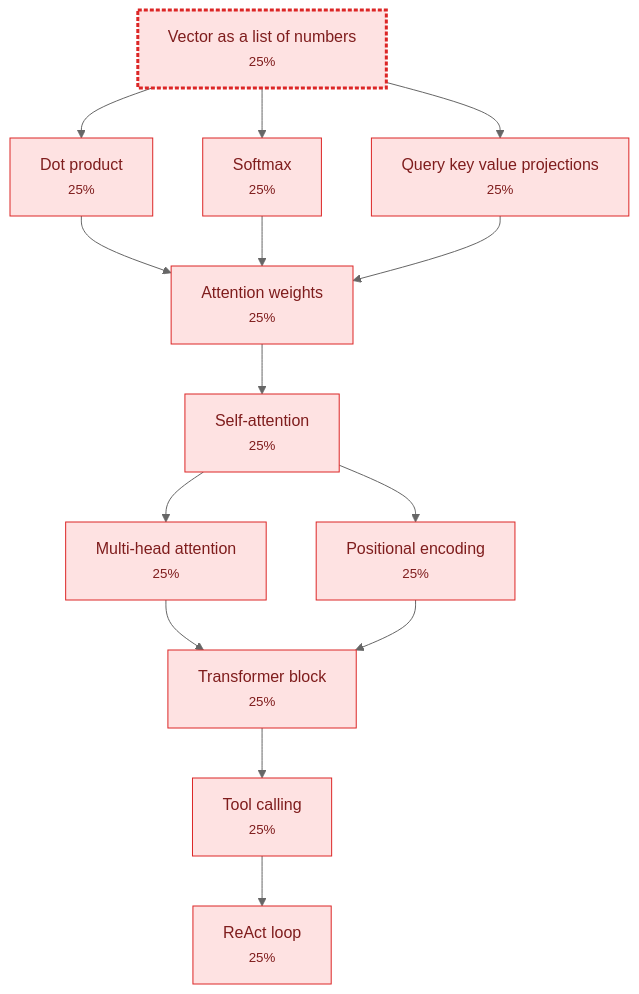
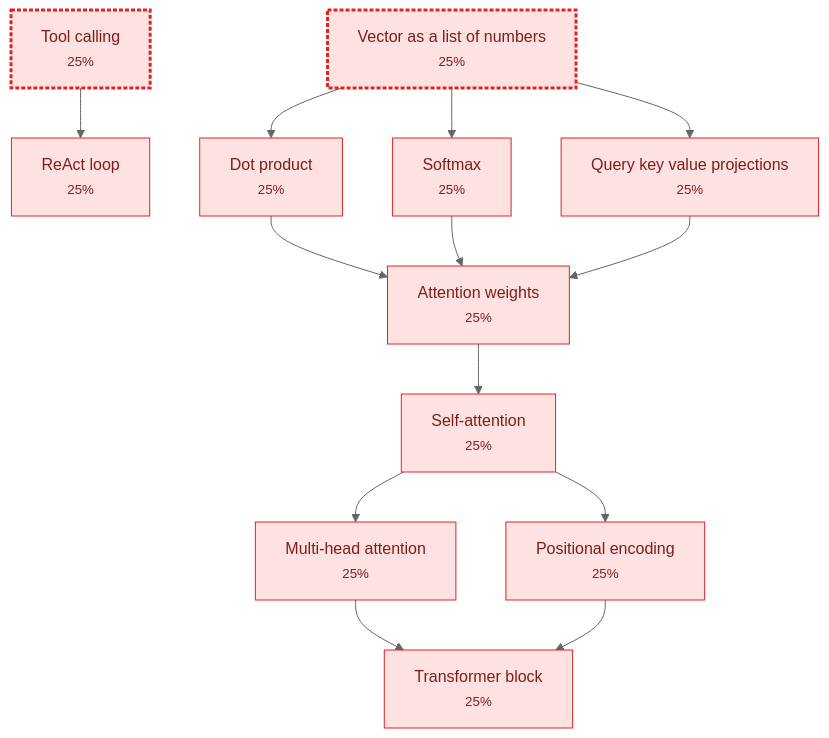
The diagram in learn/map.md (c-wenlong/gnosia-learn), drawn with Mermaid (neutral theme) before and after one commit. The commit also changed other lines of this file and 17 other files, not shown here.

````diff
--- a/learn/map.md
+++ b/learn/map.md
@@ -26,36 +27,35 @@
 ```mermaid
 flowchart TD
+  n_tool_calling["Tool calling<br/><small>25%</small>"]
+  n_react_loop["ReAct loop<br/><small>25%</small>"]
   n_vector_as_a_list_of_numbers["Vector as a list of numbers<br/><small>25%</small>"]
   n_dot_product["Dot product<br/><small>25%</small>"]
   n_query_key_value_projections["Query key value projections<br/><small>25%</small>"]
   n_softmax["Softmax<br/><small>25%</small>"]
   n_attention_weights["Attention weights<br/><small>25%</small>"]
   n_self_attention["Self-attention<br/><small>25%</small>"]
   n_multi_head_attention["Multi-head attention<br/><small>25%</small>"]
   n_positional_encoding["Positional encoding<br/><small>25%</small>"]
   n_transformer_block["Transformer block<br/><small>25%</small>"]
-  n_tool_calling["Tool calling<br/><small>25%</small>"]
-  n_react_loop["ReAct loop<br/><small>25%</small>"]
+  n_tool_calling --> n_react_loop
   n_vector_as_a_list_of_numbers --> n_dot_product
   n_vector_as_a_list_of_numbers --> n_query_key_value_projections
   n_vector_as_a_list_of_numbers --> n_softmax
   n_dot_product --> n_attention_weights
   n_softmax --> n_attention_weights
   n_query_key_value_projections --> n_attention_weights
   n_attention_weights --> n_self_attention
   n_self_attention --> n_multi_head_attention
   n_self_attention --> n_positional_encoding
   n_multi_head_attention --> n_transformer_block
   n_positional_encoding --> n_transformer_block
-  n_transformer_block --> n_tool_calling
-  n_tool_calling --> n_react_loop
 
   classDef mastered fill:#dcfce7,stroke:#16a34a,stroke-width:1px,color:#14532d;
   classDef solid fill:#e0f2fe,stroke:#0284c7,stroke-width:1px,color:#0c4a6e;
   classDef shaky fill:#fef9c3,stroke:#ca8a04,stroke-width:1px,color:#713f12;
   classDef weak fill:#ffedd5,stroke:#ea580c,stroke-width:1px,color:#7c2d12;
   classDef gap fill:#fee2e2,stroke:#dc2626,stroke-width:1px,color:#7f1d1d;
   classDef frontier stroke-width:3px,stroke-dasharray:4 2;
-  class n_vector_as_a_list_of_numbers,n_dot_product,n_query_key_value_projections,n_softmax,n_attention_weights,n_self_attention,n_multi_head_attention,n_positional_encoding,n_transformer_block,n_tool_calling,n_react_loop gap;
-  class n_vector_as_a_list_of_numbers frontier;
+  class n_tool_calling,n_react_loop,n_vector_as_a_list_of_numbers,n_dot_product,n_query_key_value_projections,n_softmax,n_attention_weights,n_self_attention,n_multi_head_attention,n_positional_encoding,n_transformer_block gap;
+  class n_tool_calling,n_vector_as_a_list_of_numbers frontier;
 ```
````
